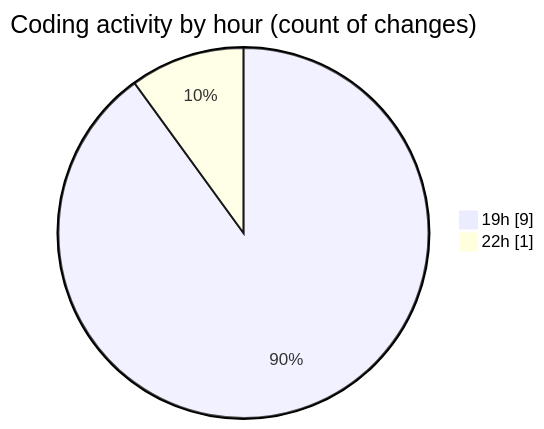
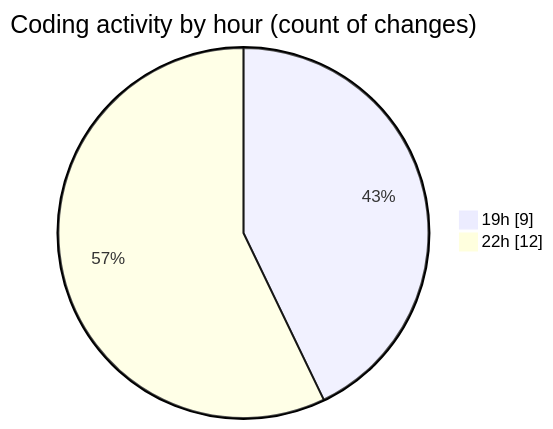
The second of 2 diagrams in 2025-10-07/untitled__workspace_/README.md (MatusMokan/code-tracking), drawn with Mermaid before and after one commit. The commit also changed other lines of this file and 1 other file, not shown here.

````diff
--- a/2025-10-07/untitled__workspace_/README.md
+++ b/2025-10-07/untitled__workspace_/README.md
@@ -28,6 +30,6 @@
 ```mermaid
 pie showData
 title Coding activity by hour (count of changes)
 "19h" : 9
-"22h" : 1
+"22h" : 12
 ```
````
